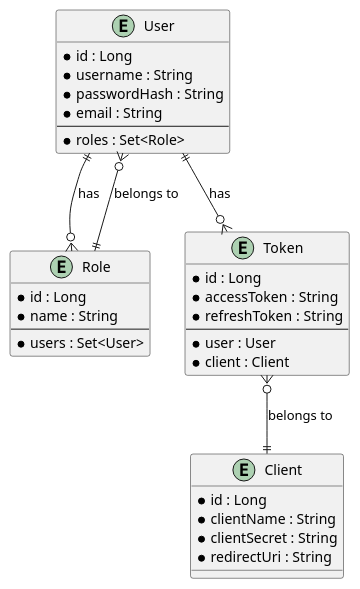
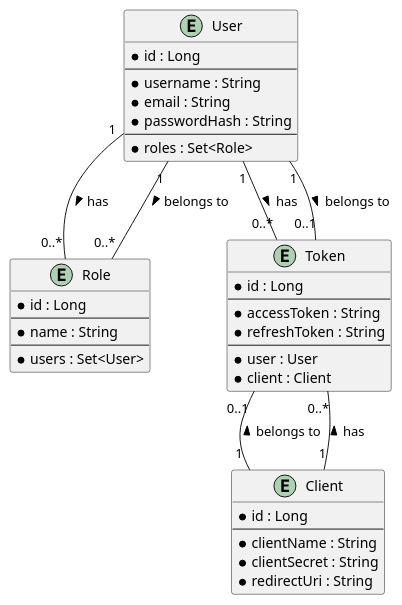
Before and after one commit to Dinesh-s95/AutoDoc.ai: the sixth of 6 diagrams in identityprovider/documentation/detaileddesign.adoc, drawn with PlantUML. The commit also changed other lines of this file and 4 other files, not shown here.

```diff
--- a/identityprovider/documentation/detaileddesign.adoc
+++ b/identityprovider/documentation/detaileddesign.adoc
@@ -447,41 +390,47 @@
 [plantuml, entity-relationship-diagram, png]
 ----
 @startuml
-entity "User" {
-  *id : Long
-  *username : String
-  *passwordHash : String
-  *email : String
+entity User {
+  * id : Long
   --
-  *roles : Set<Role>
+  * username : String
+  * email : String
+  * passwordHash : String
+  --
+  * roles : Set<Role>
 }
 
-entity "Role" {
-  *id : Long
-  *name : String
+entity Role {
+  * id : Long
   --
-  *users : Set<User>
+  * name : String
+  --
+  * users : Set<User>
 }
 
-entity "Client" {
-  *id : Long
-  *clientName : String
-  *clientSecret : String
-  *redirectUri : String
+entity Client {
+  * id : Long
+  --
+  * clientName : String
+  * clientSecret : String
+  * redirectUri : String
 }
 
-entity "Token" {
-  *id : Long
-  *accessToken : String
-  *refreshToken : String
+entity Token {
+  * id : Long
   --
-  *user : User
-  *client : Client
+  * accessToken : String
+  * refreshToken : String
+  --
+  * user : User
+  * client : Client
 }
 
-User ||--o{ Role : "has"
-Role ||--o{ User : "belongs to"
-User ||--o{ Token : "has"
-Token }o--|| Client : "belongs to"
+User "1" -- "0..*" Role : has >
+Role "0..*" -- "1" User : belongs to <
+User "1" -- "0..*" Token : has >
+Token "0..1" -- "1" User : belongs to <
+Client "1" -- "0..*" Token : has >
+Token "0..1" -- "1" Client : belongs to <
 @enduml
 ----
```
